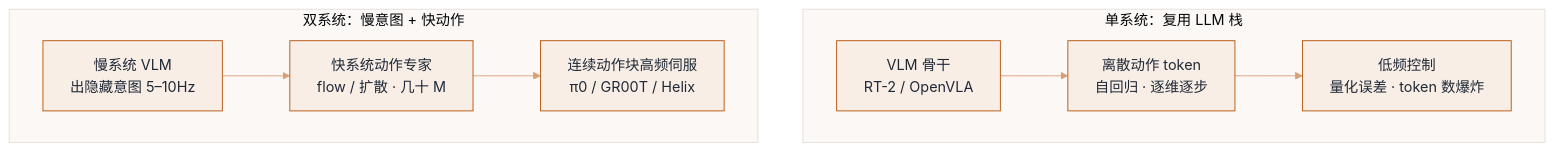
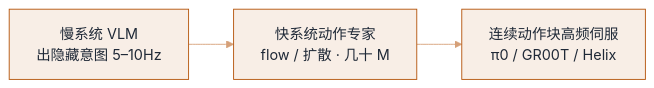
Before and after one commit to funny8kids/ai-agent-handbook: the second of 2 diagrams in docs/17-embodied-ai/robot-foundation-models.md, drawn with Mermaid. The commit also changed other lines of this file and 39 other files, not shown here.

First line of the commit message:
Round 15: re-measure all diagrams on GitBook's real mermaid version (11.14.0)

````diff
--- a/docs/17-embodied-ai/robot-foundation-models.md
+++ b/docs/17-embodied-ai/robot-foundation-models.md
@@ -56,12 +65,6 @@
 ```mermaid
 %%{init: {"theme":"base","themeVariables":{"primaryColor":"#F8EEE6","primaryBorderColor":"#B45309","primaryTextColor":"#1F2937","secondaryColor":"#EFD9C9","tertiaryColor":"#FCF8F5","lineColor":"#D6A078","actorBkg":"#F9F1EB","actorBorder":"#B45309","actorTextColor":"#1F2937","signalColor":"#CB8753","noteBkgColor":"#F2E0D3","noteBorderColor":"#B45309","noteTextColor":"#1F2937","labelBoxBkgColor":"#F8EEE6","labelBoxBorderColor":"#B45309"}}}%%
-flowchart TB
-  subgraph SS[单系统：复用 LLM 栈]
-    A1[VLM 骨干<br/>RT-2 / OpenVLA] --> A2[离散动作 token<br/>自回归 · 逐维逐步]
-    A2 --> A3[低频控制<br/>量化误差 · token 数爆炸]
-  end
-  subgraph DS[双系统：慢意图 + 快动作]
-    B1[慢系统 VLM<br/>出隐藏意图 5–10Hz] --> B2[快系统动作专家<br/>flow / 扩散 · 几十 M]
-    B2 --> B3[连续动作块高频伺服<br/>π0 / GR00T / Helix]
-  end
+flowchart LR
+  B1[慢系统 VLM<br/>出隐藏意图 5–10Hz] --> B2[快系统动作专家<br/>flow / 扩散 · 几十 M]
+  B2 --> B3[连续动作块高频伺服<br/>π0 / GR00T / Helix]
 ```
````
